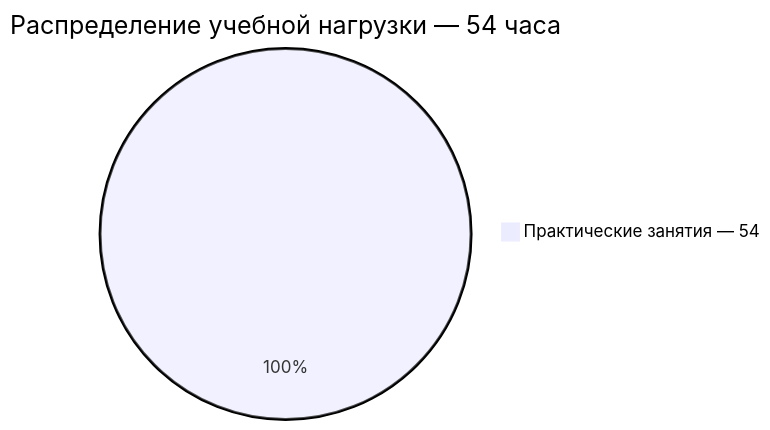
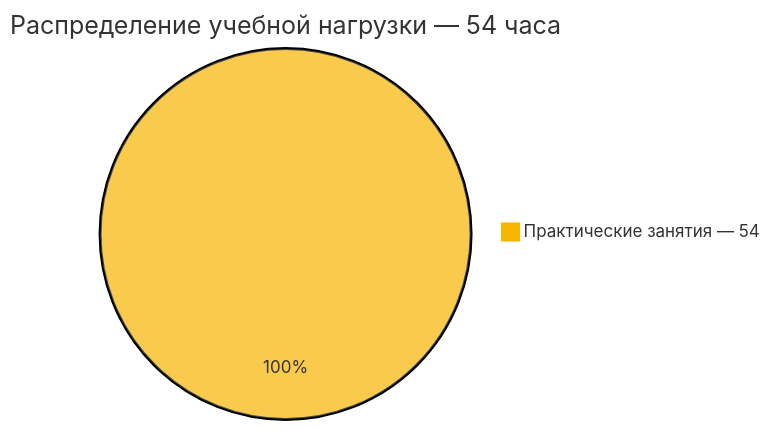
One commit to nolan-xnd/ITMO changed the diagram in Семестр 03/Физическая культура и спорт (элективная)/README.md. Above: the diagram before and after it, drawn with Mermaid. The commit also changed 7 other files, not shown here.

Commit message:
Fix chart colors

````diff
--- a/Семестр 03/Физическая культура и спорт (элективная)/README.md
+++ b/Семестр 03/Физическая культура и спорт (элективная)/README.md
@@ -7,5 +7,11 @@
 ```mermaid
+---
+config:
+    theme: base
+    themeVariables:
+        pie1: '#f7b500'
+---
 pie 
     title Распределение учебной нагрузки — 54 часа
     "Практические занятия — 54" : 54
 ```
````
